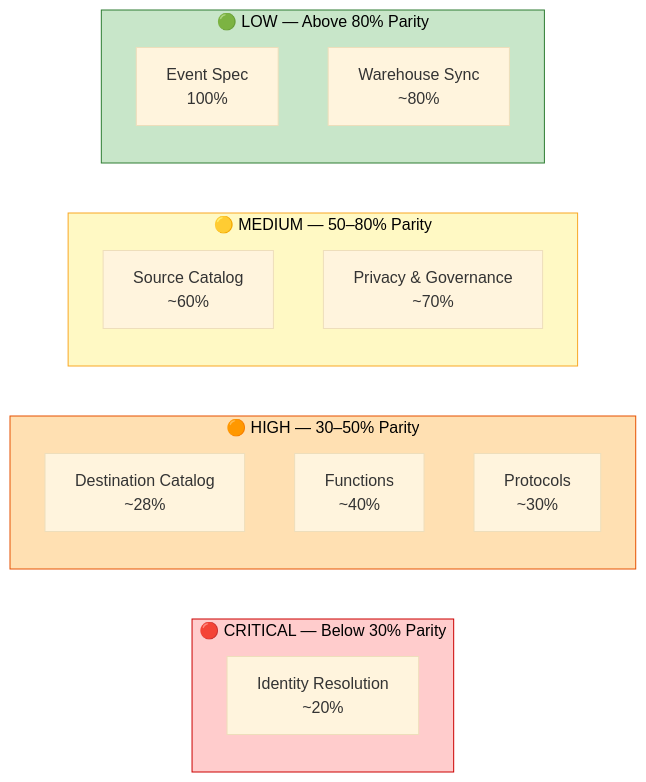
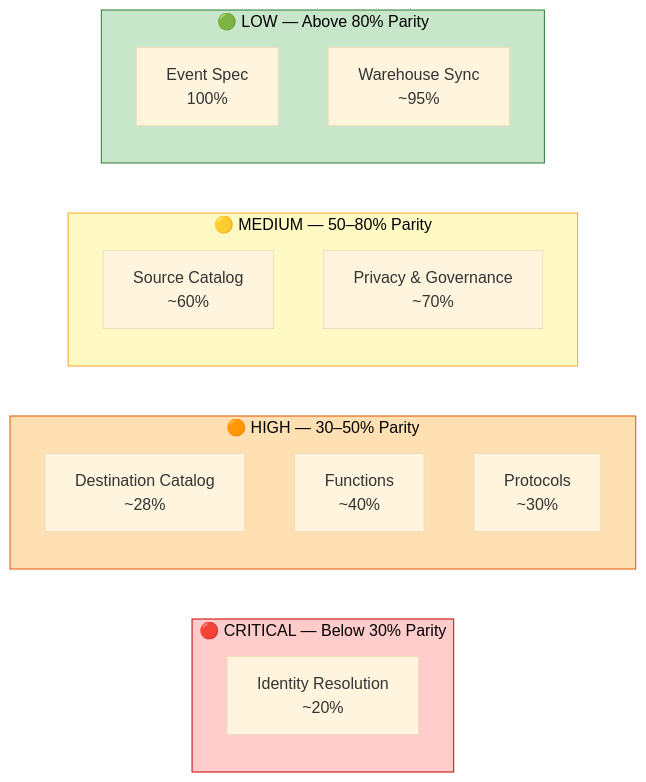
One commit to Blitzy-Sandbox/blitzy-RudderStack changed the second of 3 diagrams in docs/gap-report/index.md. Above: the diagram before and after it, drawn with Mermaid (base theme). The commit also changed other lines of this file, not shown here.

First line of the commit message:
docs: update warehouse parity from ~80% to ~95% in gap report index

````diff
--- a/docs/gap-report/index.md
+++ b/docs/gap-report/index.md
@@ -76,27 +76,27 @@
 ```mermaid
 flowchart LR
     subgraph Critical["🔴 CRITICAL — Below 30% Parity"]
         IDR["Identity Resolution<br/>~20%"]
     end
 
     subgraph High["🟠 HIGH — 30–50% Parity"]
         DEST["Destination Catalog<br/>~28%"]
         FUNC["Functions<br/>~40%"]
         PROTO["Protocols<br/>~30%"]
     end
 
     subgraph Medium["🟡 MEDIUM — 50–80% Parity"]
         SRC["Source Catalog<br/>~60%"]
         PRIV["Privacy & Governance<br/>~70%"]
     end
 
     subgraph Low["🟢 LOW — Above 80% Parity"]
         SPEC["Event Spec<br/>100%"]
-        WH["Warehouse Sync<br/>~80%"]
+        WH["Warehouse Sync<br/>~95%"]
     end
 
     style Critical fill:#ffcccc,stroke:#cc0000,color:#000
     style High fill:#ffe0b2,stroke:#e65100,color:#000
     style Medium fill:#fff9c4,stroke:#f9a825,color:#000
     style Low fill:#c8e6c9,stroke:#2e7d32,color:#000
 ```
````
